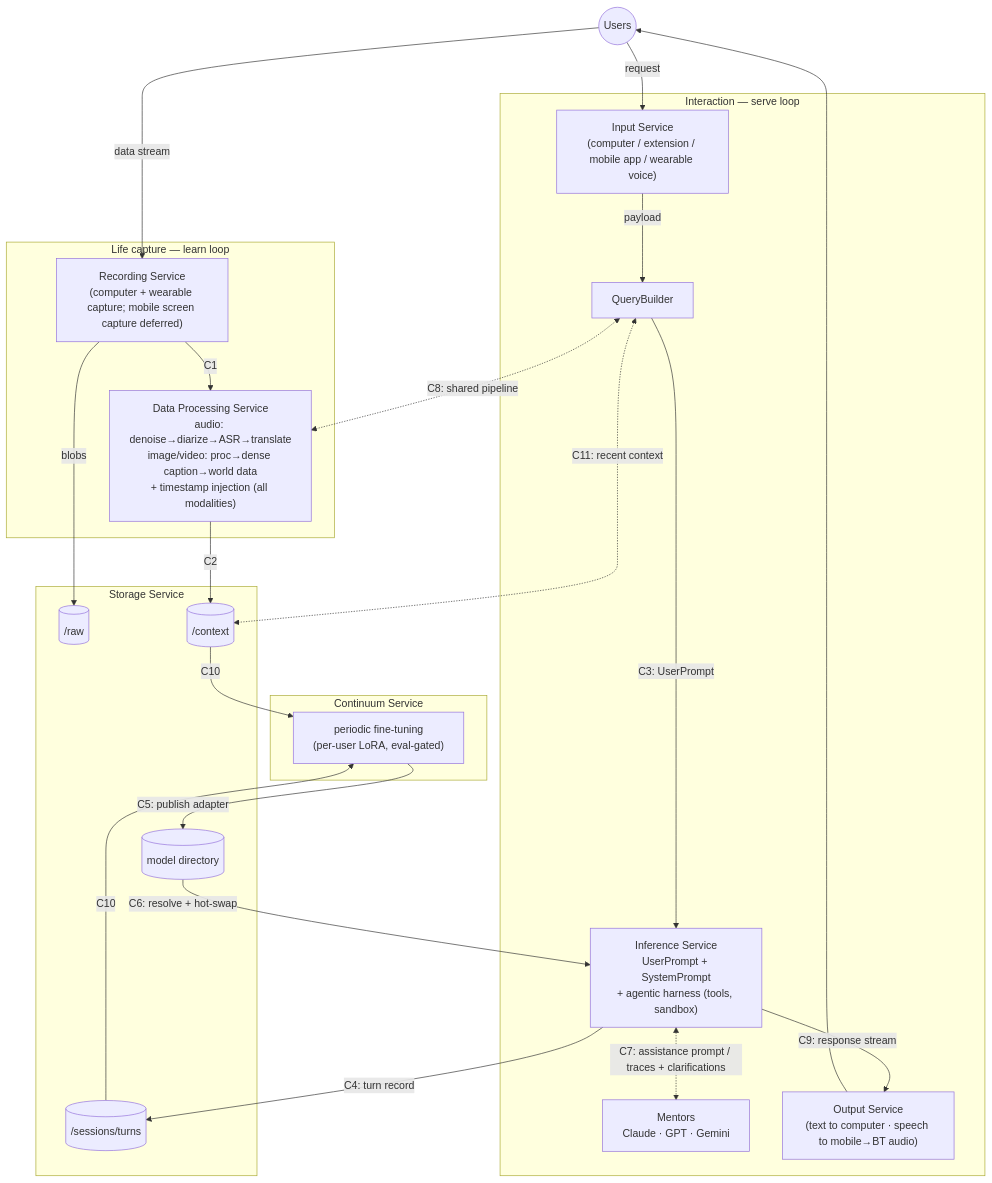
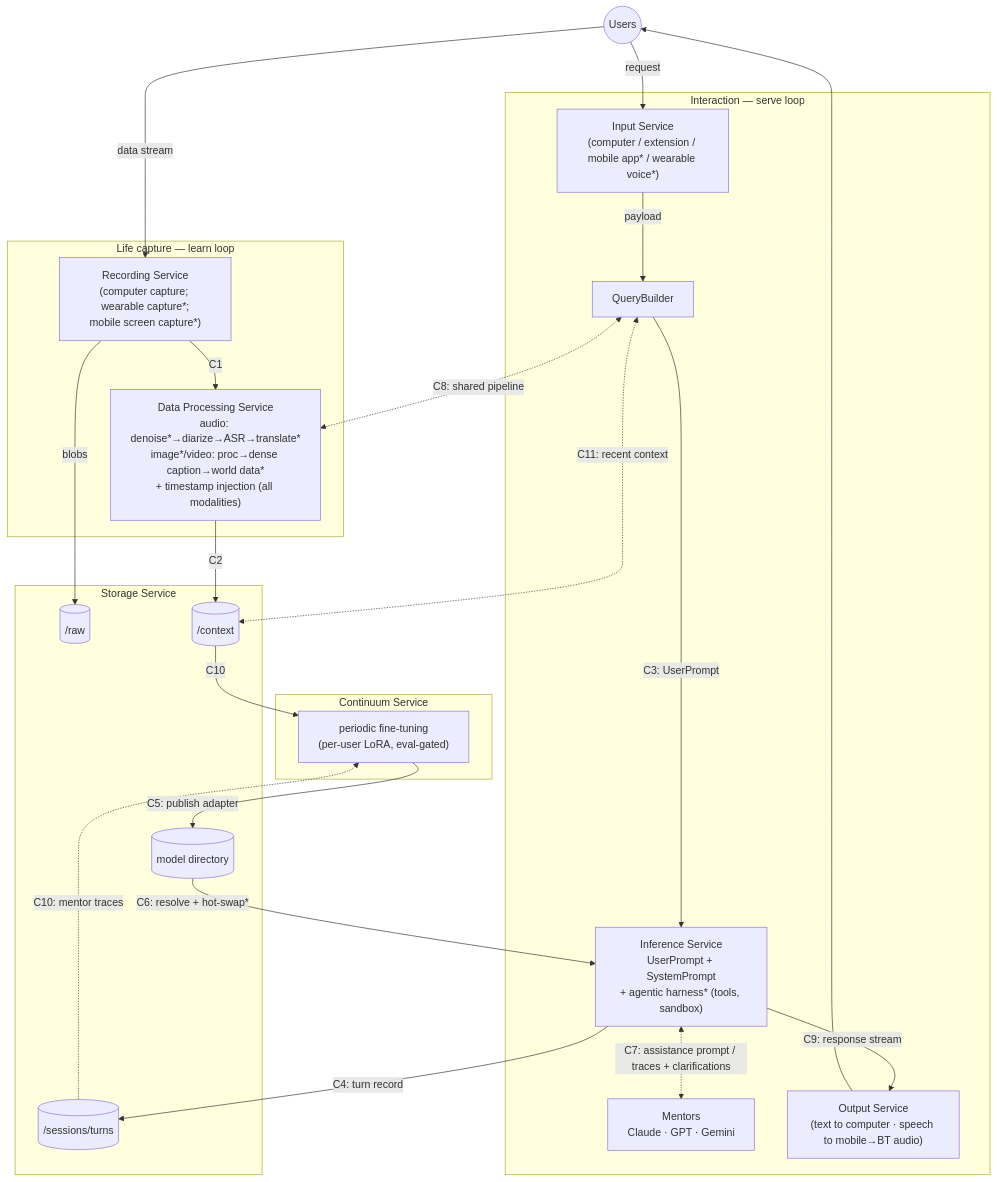
The diagram in product/ARCHITECTURE.md (nmnWithNucleus/continual-learning), drawn with Mermaid before and after one commit. The commit also changed other lines of this file and 46 other files, not shown here.

````diff
--- a/product/ARCHITECTURE.md
+++ b/product/ARCHITECTURE.md
@@ -52,41 +52,41 @@
 ```mermaid
 flowchart TD
   U((Users))
 
   subgraph capture [Life capture — learn loop]
-    RS["Recording Service<br/>(computer + wearable capture; mobile screen capture deferred)"]
-    DPS["Data Processing Service<br/>audio: denoise→diarize→ASR→translate<br/>image/video: proc→dense caption→world data<br/>+ timestamp injection (all modalities)"]
+    RS["Recording Service<br/>(computer capture; wearable capture*;<br/>mobile screen capture*)"]
+    DPS["Data Processing Service<br/>audio: denoise*→diarize→ASR→translate*<br/>image*/video: proc→dense caption→world data*<br/>+ timestamp injection (all modalities)"]
   end
 
   subgraph interact [Interaction — serve loop]
-    IS["Input Service<br/>(computer / extension / mobile app / wearable voice)"]
+    IS["Input Service<br/>(computer / extension / mobile app* / wearable voice*)"]
     QB[QueryBuilder]
-    INF["Inference Service<br/>UserPrompt + SystemPrompt<br/>+ agentic harness (tools, sandbox)"]
+    INF["Inference Service<br/>UserPrompt + SystemPrompt<br/>+ agentic harness* (tools, sandbox)"]
     MEN["Mentors<br/>Claude · GPT · Gemini"]
     OS["Output Service<br/>(text to computer · speech to mobile→BT audio)"]
   end
 
   subgraph data [Storage Service]
     RAW[("/raw")]
     CTX[("/context")]
     SES[("/sessions/turns")]
     MD[("model directory")]
   end
 
   subgraph learn [Continuum Service]
     FT["periodic fine-tuning<br/>(per-user LoRA, eval-gated)"]
   end
 
   U -- data stream --> RS -- C1 --> DPS -- C2 --> CTX
   RS -- blobs --> RAW
   U -- request --> IS -- payload --> QB -- C3: UserPrompt --> INF
   QB <-. C8: shared pipeline .-> DPS
   QB <-. C11: recent context .-> CTX
   INF -- C4: turn record --> SES
   INF <-. "C7: assistance prompt / traces + clarifications" .-> MEN
   INF -- C9: response stream --> OS --> U
   CTX -- C10 --> FT
-  SES -- C10 --> FT
+  SES -. "C10: mentor traces" .-> FT
   FT -- C5: publish adapter --> MD
-  MD -- C6: resolve + hot-swap --> INF
+  MD -- "C6: resolve + hot-swap*" --> INF
 ```
````
